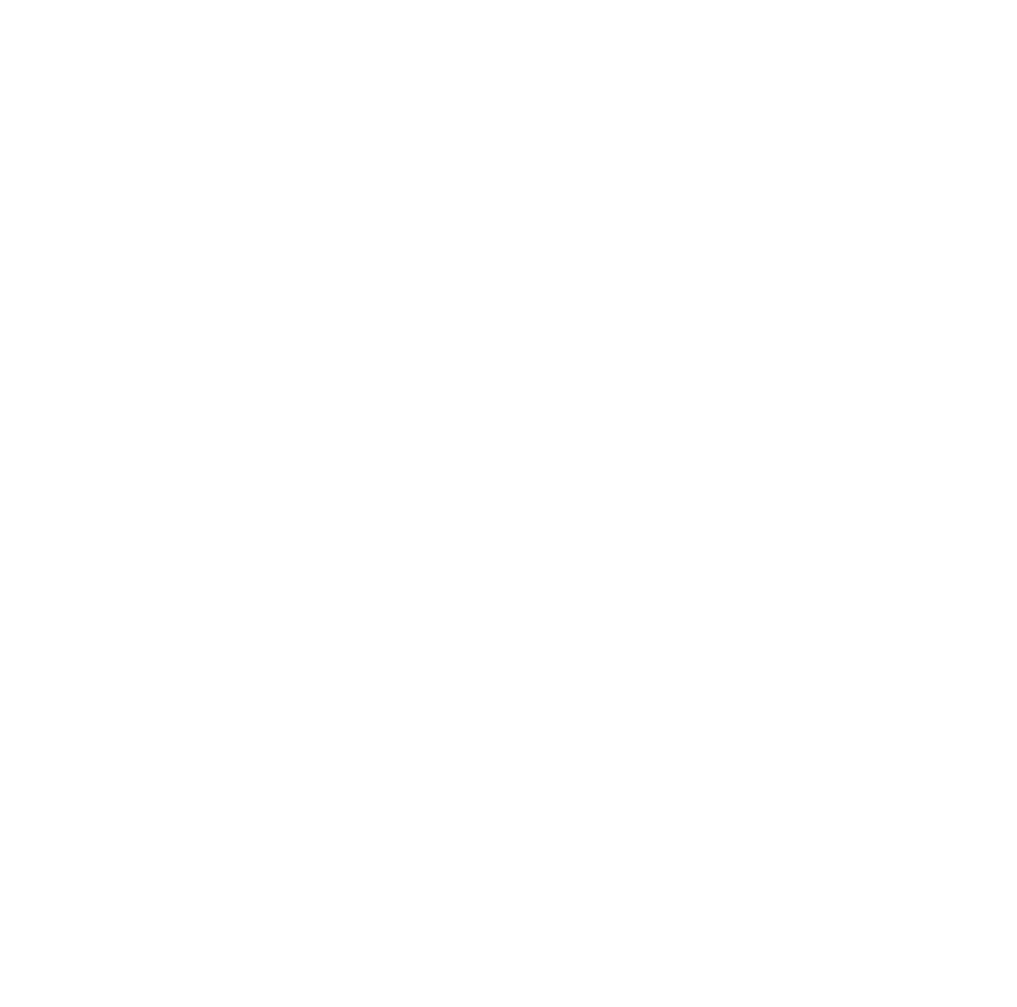
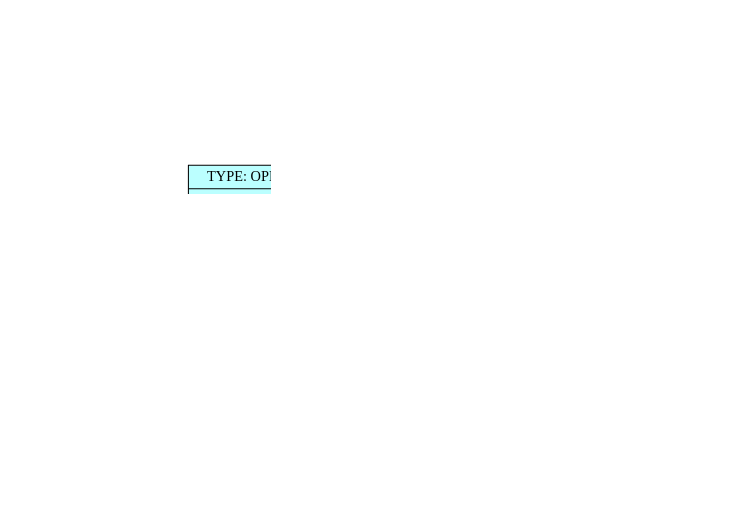
The diagram in frontend/dump/list_graph.dot (Troll0ton/Trollanguage), drawn with Graphviz before and after one commit. The commit also changed 17 other files, not shown here.

```diff
--- a/frontend/dump/list_graph.dot
+++ b/frontend/dump/list_graph.dot
@@ -1,62 +1,32 @@
 digraph structs {    
 rankdir = TB;        
 graph [dpi = 200];   
 ranksep = 1.5;       
 edge[penwidth = 10]; 
 cell0 [style = filled, color = black, shape=record, 
 fillcolor = paleturquoise1, label = " { <ptr> TYPE: OPERATION (0) | SEQUENCE} " ];                         
 cell1 [style = filled, color = black, shape=record, 
-fillcolor = paleturquoise1, label = " { <ptr> TYPE: OPERATION (0) | SEQUENCE} " ];                         
+fillcolor = paleturquoise1, label = " { <ptr> TYPE: OPERATION (0) | ASSIGNMENT} " ];                         
 cell2 [style = filled, color = black, shape=record, 
-fillcolor = paleturquoise1, label = " { <ptr> TYPE: OPERATION (0) | SEQUENCE} " ];                         
+fillcolor = darkolivegreen2, label = " { <ptr> TYPE: VARIABLE (4) | x} " ];                         
 cell3 [style = filled, color = black, shape=record, 
-fillcolor = paleturquoise1, label = " { <ptr> TYPE: OPERATION (0) | ASSIGNMENT} " ];                         
+fillcolor = paleturquoise1, label = " { <ptr> TYPE: OPERATION (1) | -} " ];                         
 cell4 [style = filled, color = black, shape=record, 
-fillcolor = darkolivegreen2, label = " { <ptr> TYPE: VARIABLE (4) | x} " ];                         
+fillcolor = coral2, label = " { <ptr> TYPE: NUMERIC (4) | 300} " ];                         
 cell5 [style = filled, color = black, shape=record, 
-fillcolor = paleturquoise1, label = " { <ptr> TYPE: OPERATION (1) | -} " ];                         
+fillcolor = coral2, label = " { <ptr> TYPE: NUMERIC (4) | 100} " ];                         
 cell6 [style = filled, color = black, shape=record, 
 fillcolor = paleturquoise1, label = " { <ptr> TYPE: OPERATION (1) | +} " ];                         
 cell7 [style = filled, color = black, shape=record, 
-fillcolor = coral2, label = " { <ptr> TYPE: NUMERIC (4) | 300} " ];                         
+fillcolor = darkolivegreen2, label = " { <ptr> TYPE: VARIABLE (4) | x} " ];                         
 cell8 [style = filled, color = black, shape=record, 
-fillcolor = coral2, label = " { <ptr> TYPE: NUMERIC (4) | 100} " ];                         
-cell9 [style = filled, color = black, shape=record, 
-fillcolor = paleturquoise1, label = " { <ptr> TYPE: OPERATION (2) | *} " ];                         
-cell10 [style = filled, color = black, shape=record, 
-fillcolor = coral2, label = " { <ptr> TYPE: NUMERIC (4) | 889} " ];                         
-cell11 [style = filled, color = black, shape=record, 
-fillcolor = coral2, label = " { <ptr> TYPE: NUMERIC (4) | 877} " ];                         
-cell12 [style = filled, color = black, shape=record, 
-fillcolor = paleturquoise1, label = " { <ptr> TYPE: OPERATION (1) | -} " ];                         
-cell13 [style = filled, color = black, shape=record, 
-fillcolor = coral2, label = " { <ptr> TYPE: NUMERIC (4) | 676} " ];                         
-cell14 [style = filled, color = black, shape=record, 
-fillcolor = coral2, label = " { <ptr> TYPE: NUMERIC (4) | 97} " ];                         
-cell15 [style = filled, color = black, shape=record, 
-fillcolor = paleturquoise1, label = " { <ptr> TYPE: OPERATION (0) | ASSIGNMENT} " ];                         
-cell16 [style = filled, color = black, shape=record, 
-fillcolor = darkolivegreen2, label = " { <ptr> TYPE: VARIABLE (4) | y} " ];                         
-cell17 [style = filled, color = black, shape=record, 
-fillcolor = coral2, label = " { <ptr> TYPE: NUMERIC (4) | 566} " ];                         
-cell18 [style = filled, color = black, shape=record, 
-fillcolor = coral2, label = " { <ptr> TYPE: NUMERIC (4) | 98} " ];                         
+fillcolor = coral2, label = " { <ptr> TYPE: NUMERIC (4) | 50} " ];                         
 cell0 -> cell1;
 cell1 -> cell2;
-cell2 -> cell3;
+cell1 -> cell3;
 cell3 -> cell4;
 cell3 -> cell5;
-cell5 -> cell6;
+cell0 -> cell6;
 cell6 -> cell7;
 cell6 -> cell8;
-cell5 -> cell9;
-cell9 -> cell10;
-cell9 -> cell11;
-cell2 -> cell12;
-cell12 -> cell13;
-cell12 -> cell14;
-cell1 -> cell15;
-cell15 -> cell16;
-cell15 -> cell17;
-cell0 -> cell18;
 }
```
